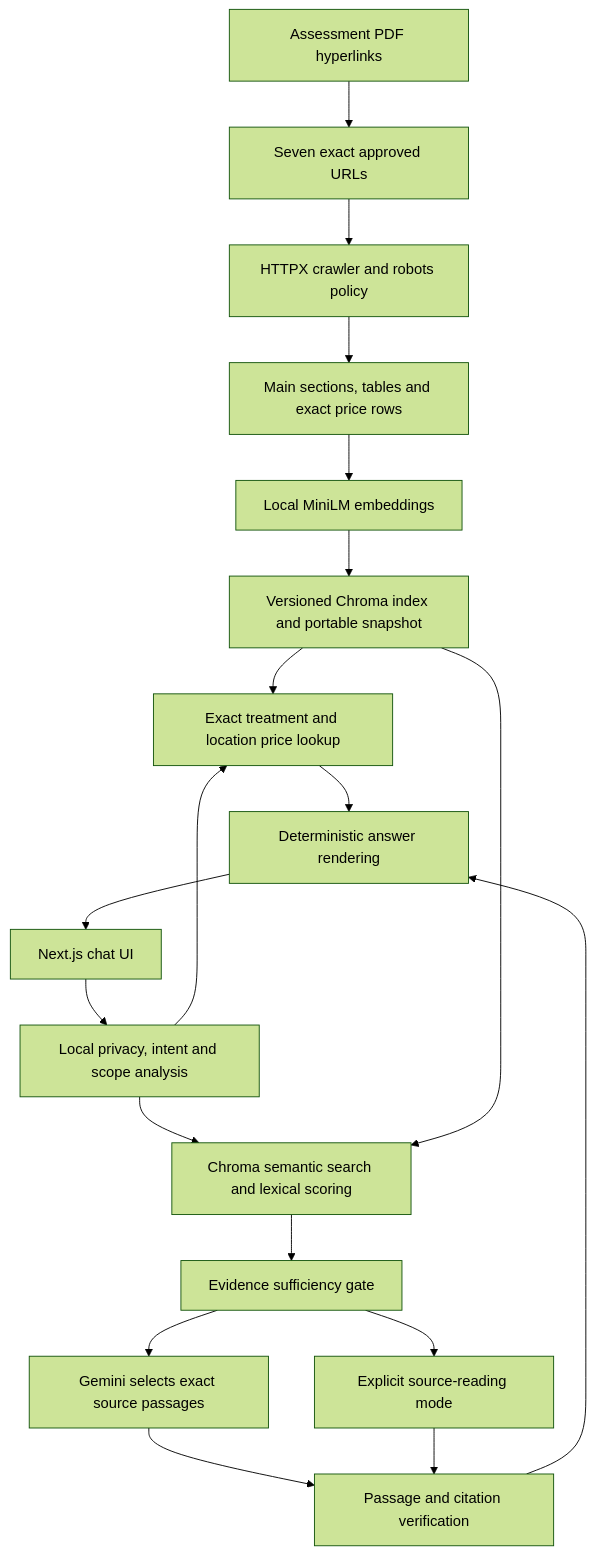
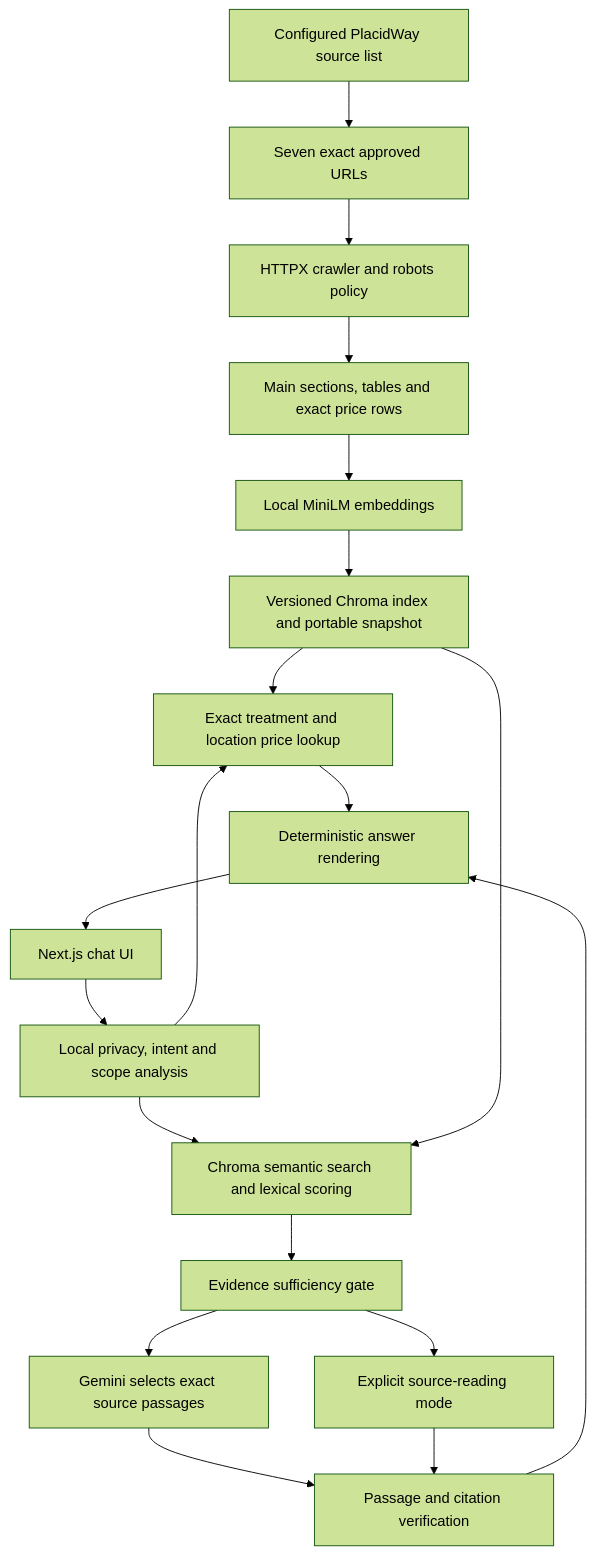
The diagram in docs/architecture.md (syedowaisalishah/placidway-ai-knowledge-assistant), drawn with Mermaid (forest theme) before and after one commit. The commit also changed other lines of this file and 28 other files, not shown here.

````diff
--- a/docs/architecture.md
+++ b/docs/architecture.md
@@ -5,21 +5,21 @@
 ```mermaid
 flowchart TD
-    PDF[Assessment PDF hyperlinks] --> Allowlist[Seven exact approved URLs]
+    Sources[Configured PlacidWay source list] --> Allowlist[Seven exact approved URLs]
     Allowlist --> Crawl[HTTPX crawler and robots policy]
     Crawl --> Extract[Main sections, tables and exact price rows]
     Extract --> Embed[Local MiniLM embeddings]
     Embed --> Snapshot[Versioned Chroma index and portable snapshot]
     UI[Next.js chat UI] --> Safety[Local privacy, intent and scope analysis]
     Safety --> Prices[Exact treatment and location price lookup]
     Safety --> Retrieve[Chroma semantic search and lexical scoring]
     Snapshot --> Prices
     Snapshot --> Retrieve
     Retrieve --> Gate[Evidence sufficiency gate]
     Gate --> Gemini[Gemini selects exact source passages]
     Gate --> Local[Explicit source-reading mode]
     Gemini --> Verify[Passage and citation verification]
     Local --> Verify
     Prices --> Render[Deterministic answer rendering]
     Verify --> Render
     Render --> UI
 ```
````
